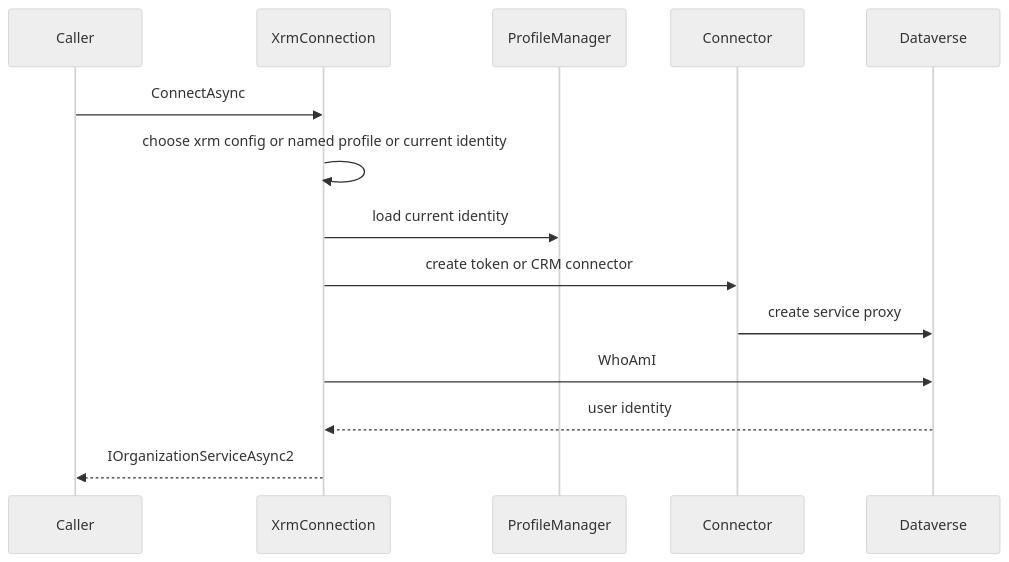
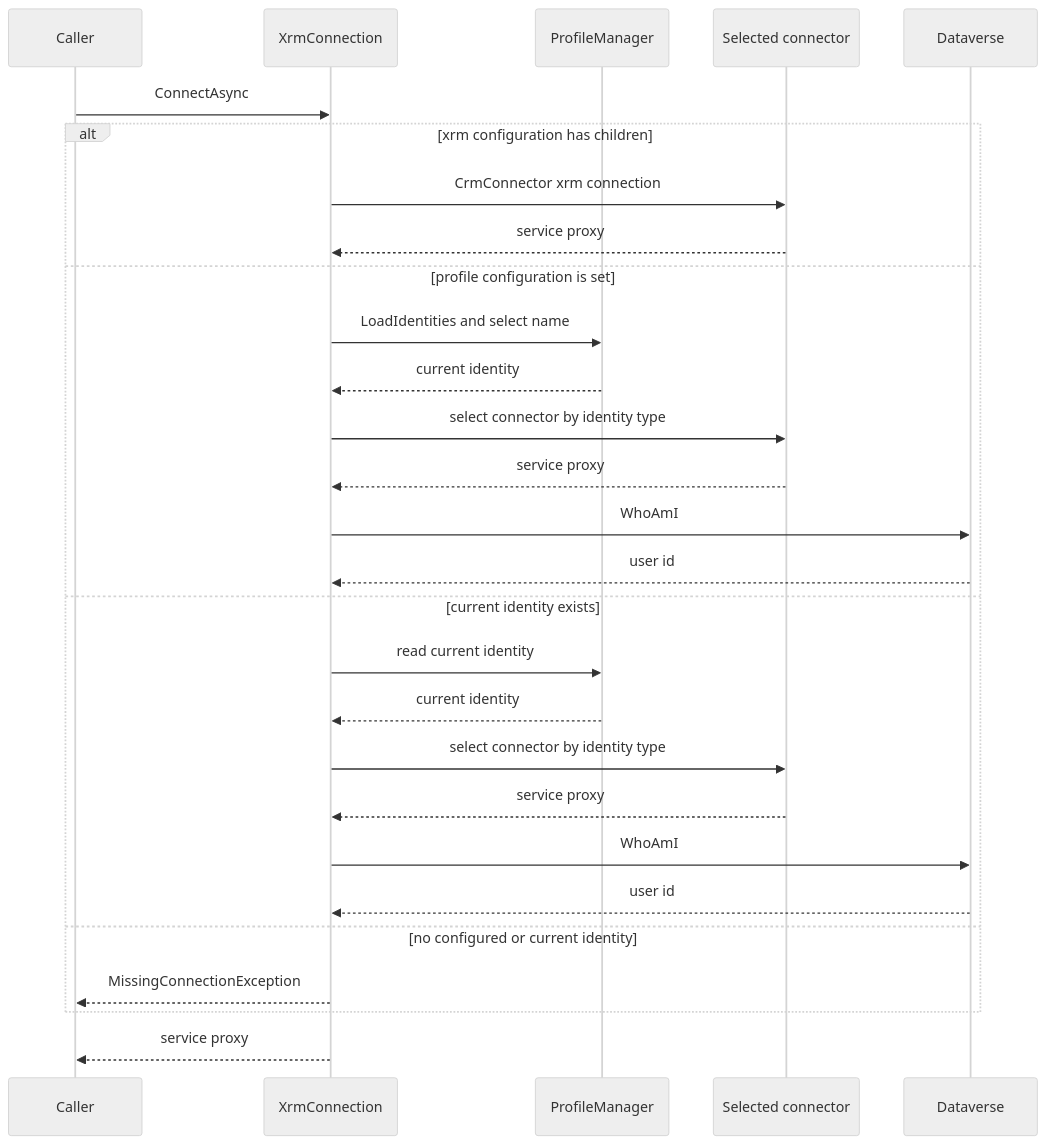
Before and after one commit to DIGITALLNature/DigitallPower: the diagram in openwiki/architecture/dataverse-access.md, drawn with Mermaid (neutral theme). The commit also changed other lines of this file and 29 other files, not shown here.

````diff
--- a/openwiki/architecture/dataverse-access.md
+++ b/openwiki/architecture/dataverse-access.md
@@ -11,16 +67,30 @@
 ```mermaid
 sequenceDiagram
     participant Caller
     participant Xrm as XrmConnection
     participant Store as ProfileManager
-    participant Auth as Connector
+    participant Conn as Selected connector
     participant DV as Dataverse
     Caller->>Xrm: ConnectAsync
-    Xrm->>Xrm: choose xrm config or named profile or current identity
-    Xrm->>Store: load current identity
-    Xrm->>Auth: create token or CRM connector
-    Auth->>DV: create service proxy
-    Xrm->>DV: WhoAmI
-    DV-->>Xrm: user identity
-    Xrm-->>Caller: IOrganizationServiceAsync2
+    alt xrm configuration has children
+        Xrm->>Conn: CrmConnector xrm connection
+        Conn-->>Xrm: service proxy
+    else profile configuration is set
+        Xrm->>Store: LoadIdentities and select name
+        Store-->>Xrm: current identity
+        Xrm->>Conn: select connector by identity type
+        Conn-->>Xrm: service proxy
+        Xrm->>DV: WhoAmI
+        DV-->>Xrm: user id
+    else current identity exists
+        Xrm->>Store: read current identity
+        Store-->>Xrm: current identity
+        Xrm->>Conn: select connector by identity type
+        Conn-->>Xrm: service proxy
+        Xrm->>DV: WhoAmI
+        DV-->>Xrm: user id
+    else no configured or current identity
+        Xrm-->>Caller: MissingConnectionException
+    end
+    Xrm-->>Caller: service proxy
 ```
````
